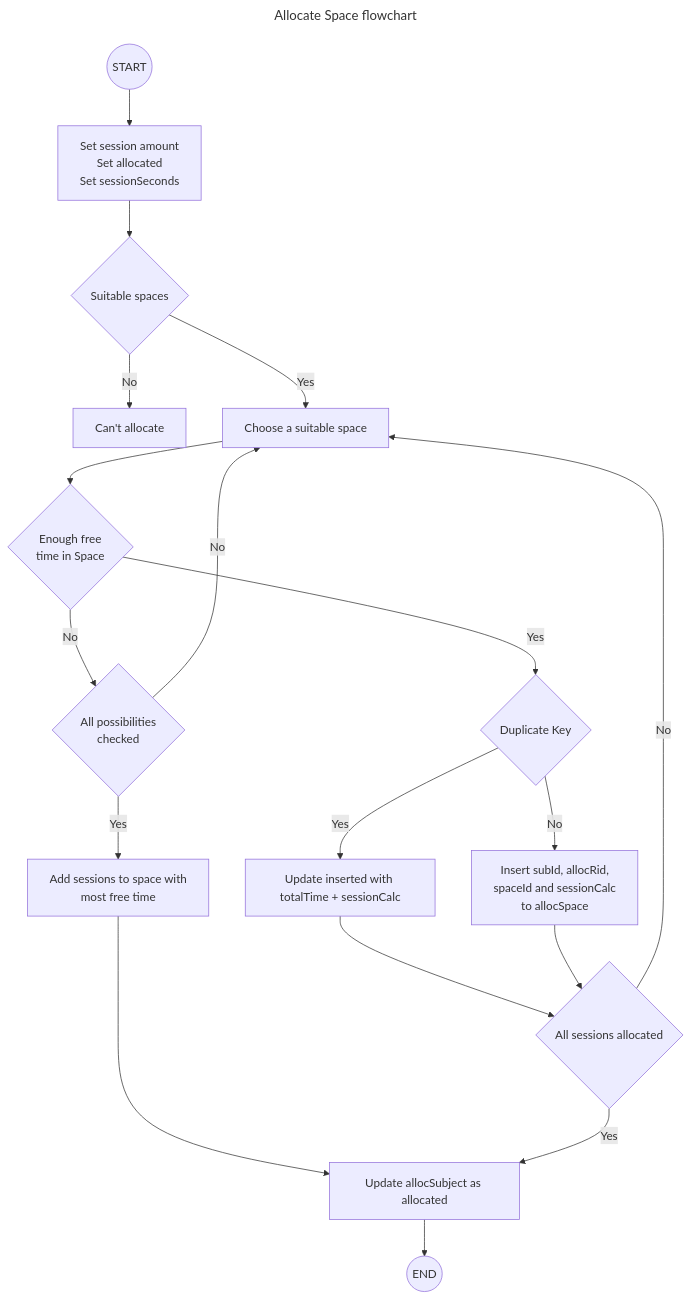
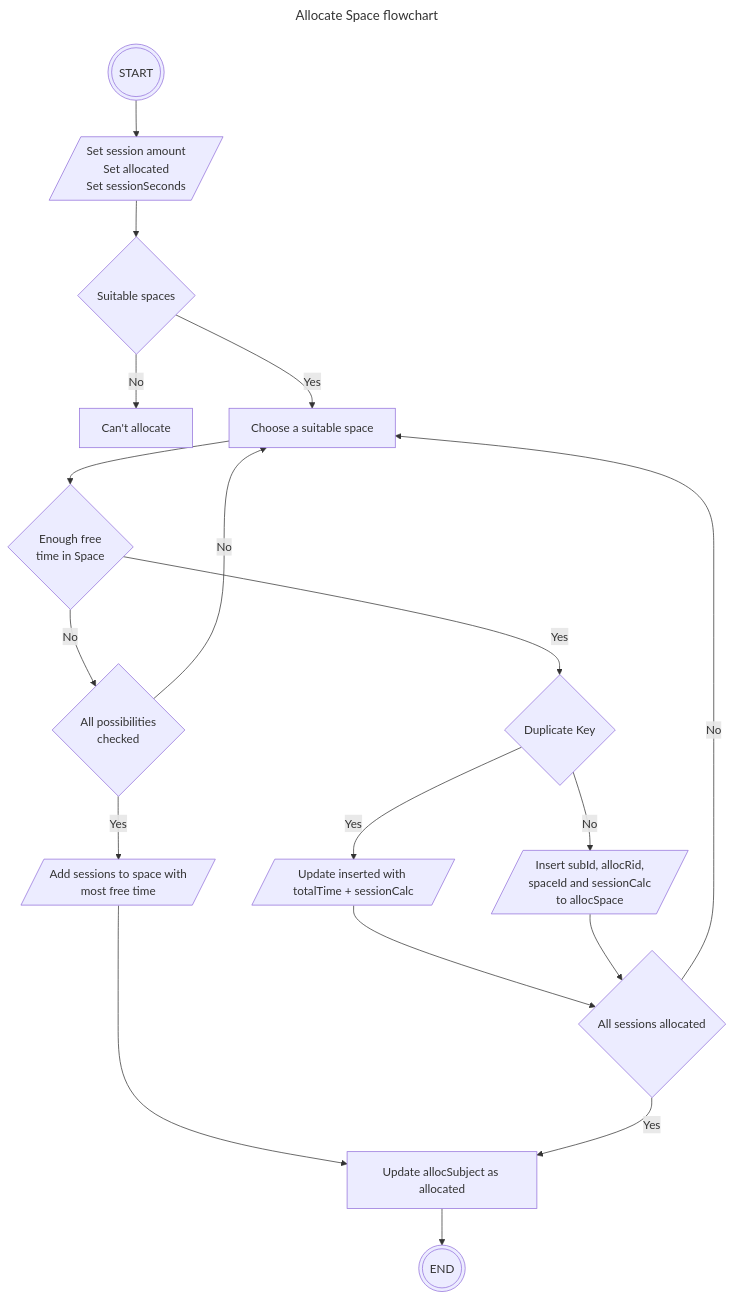
The third of 3 diagrams in Database/Documentation/Allocation_Flowchart.md (makotosoul/idea-case-backend), drawn with Mermaid before and after one commit. The commit also changed other lines of this file, not shown here.

Commit message:
Added some formatting

````diff
--- a/Database/Documentation/Allocation_Flowchart.md
+++ b/Database/Documentation/Allocation_Flowchart.md
@@ -61,30 +61,30 @@
 ```mermaid
 ---
 title: Allocate Space flowchart
 ---
     flowchart TD
-        id1((START)) --> A
-        A[Set session amount
+        id1(((START))) --> A
+        A[/Set session amount
         Set allocated
-        Set sessionSeconds] --> B{Suitable spaces}
+        Set sessionSeconds/] --> B{Suitable spaces}
         B -->|No| L[Can't allocate]
         B -->|Yes| C[Choose a suitable space]
         C --> D{Enough free
         time in Space}
         D -->|No| E{All possibilities
         checked}
         E -->|No| C
-        E -->|Yes| F[Add sessions to space with
-        most free time]
+        E -->|Yes| F[/Add sessions to space with
+        most free time/]
         F --> N[Update allocSubject as allocated]
         D -->|Yes| G{Duplicate Key}
-        G -->|No| H[Insert subId, allocRid,
+        G -->|No| H[/Insert subId, allocRid,
         spaceId and sessionCalc
-        to allocSpace]
-        G -->|Yes| I[Update inserted with totalTime + sessionCalc]
+        to allocSpace/]
+        G -->|Yes| I[/Update inserted with totalTime + sessionCalc/]
         I --> J{All sessions allocated}
         H --> J
         J -->|No| C
         J -->|Yes| N
-        N --> O((END))
+        N --> O(((END)))
 ```
````
